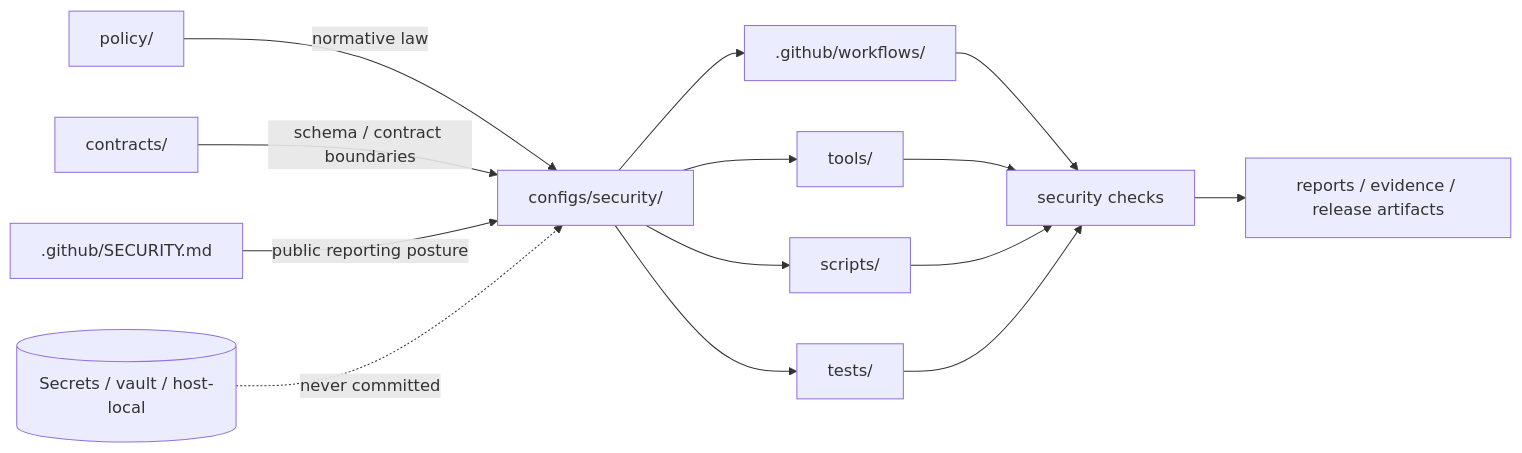
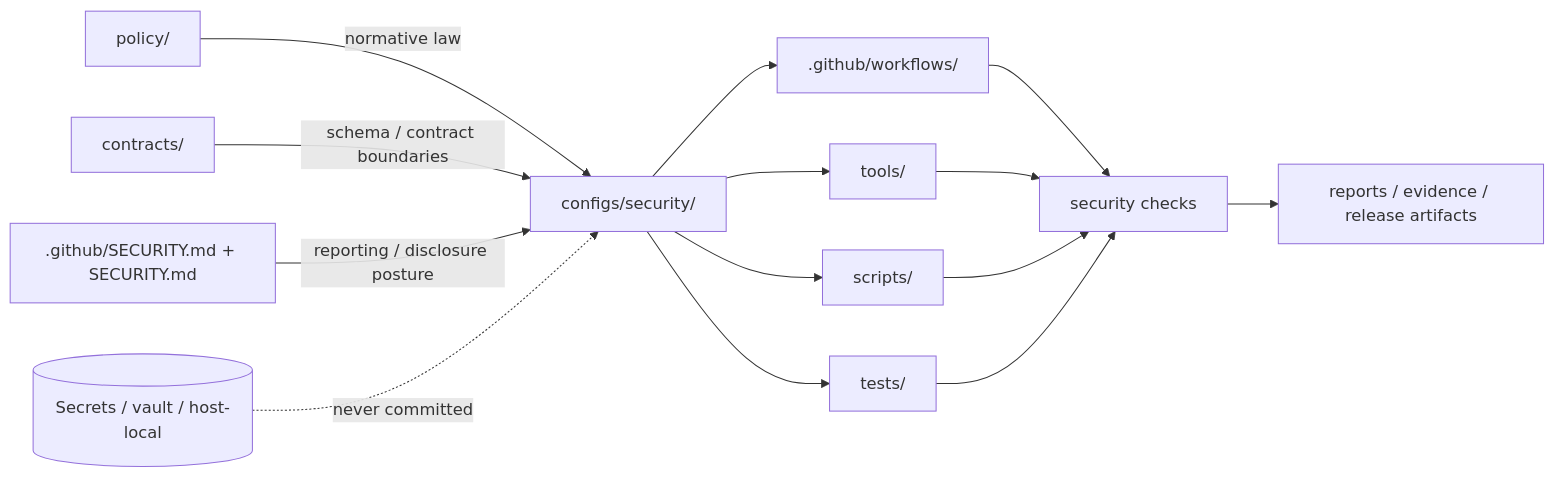
One commit to bartytime4life/Kansas-Frontier-Matrix changed the diagram in configs/security/README.md. Above: the diagram before and after it, drawn with Mermaid. The commit also changed other lines of this file, not shown here.

````diff
--- a/configs/security/README.md
+++ b/configs/security/README.md
@@ -216,20 +229,20 @@
 ```mermaid
 flowchart LR
     A[policy/] -->|normative law| B[configs/security/]
     C[contracts/] -->|schema / contract boundaries| B
-    D[.github/SECURITY.md] -->|public reporting posture| B
+    D[.github/SECURITY.md + SECURITY.md] -->|reporting / disclosure posture| B
 
     B --> E[.github/workflows/]
     B --> F[tools/]
     B --> G[scripts/]
     B --> H[tests/]
 
     E --> I[security checks]
     F --> I
     G --> I
     H --> I
 
     I --> J[reports / evidence / release artifacts]
 
     S[(Secrets / vault / host-local)] -. never committed .-> B
 ```
````
